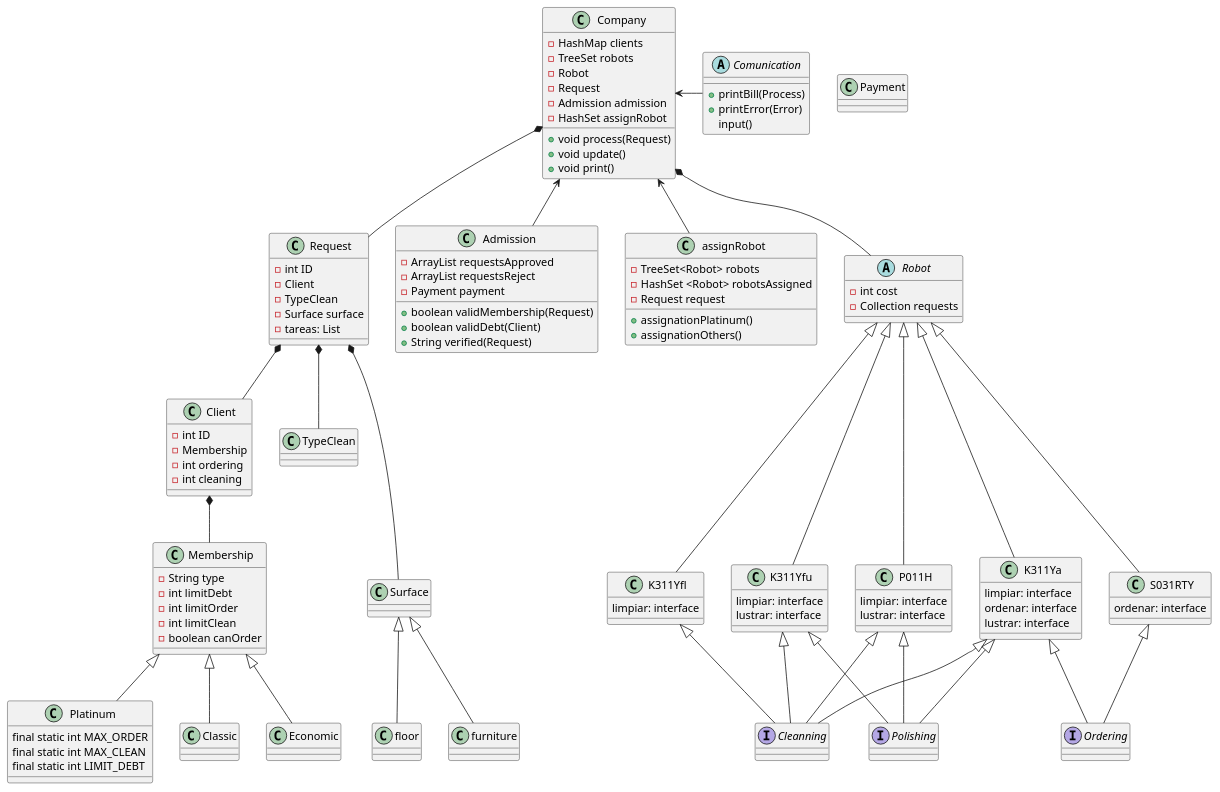
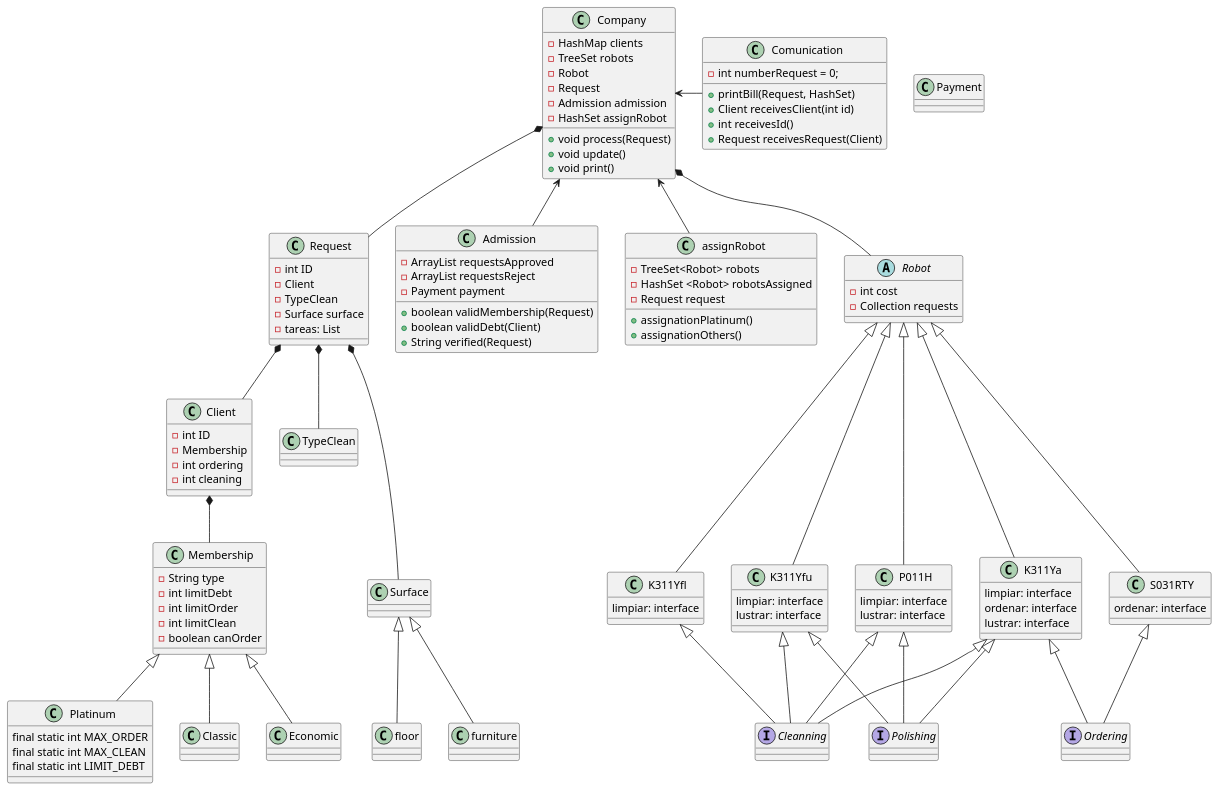
The diagram in src/biss.puml (Grupo-3-Labo-y-prog/RobotsTP), drawn with PlantUML before and after one commit. The commit also changed 2 other files, not shown here.

Commit message:
Cambios en el diagrama en la clase Comunication

```diff
--- a/src/biss.puml
+++ b/src/biss.puml
@@ -1,178 +1,180 @@
 @startuml
 'https://plantuml.com/class-diagram
 
 class Client
 class Membership
 class Platinum
 class Classic
 class Economic
 class Request
 class TypeClean
 class Surface
 class floor
 class furniture
 class Admission
 class Company
 class assignRobot
 class Payment
 abstract class Robot
 interface Ordering
 interface Cleanning
 interface Polishing
 class K311Yfl
 class K311Yfu
 class P011H
 class K311Ya
 class S031RTY
 
 
 Client *-- Membership
 Membership <|-- Platinum
 Membership <|-- Classic
 Membership <|-- Economic
 Company <-- Admission
 Company <-- assignRobot
 Company <- Comunication
 Company *-- Robot
 Company *-- Request
 Request *-- Client
 Request *-- TypeClean
 Request *---Surface
 Surface<|-- floor
 Surface<|-- furniture
 Robot <|--- K311Ya
 Robot <|---S031RTY
 Robot <|---P011H
 Robot <|---K311Yfu
 Robot <|--- K311Yfl
 K311Yfl <|-- Cleanning
 K311Ya <|-- Cleanning
 K311Ya <|-- Polishing
 K311Ya <|-- Ordering
 S031RTY <|-- Ordering
 P011H <|-- Polishing
 P011H <|-- Cleanning
 K311Yfu <|-- Cleanning
 K311Yfu <|-- Polishing
 
 
 
-abstract Comunication{
-+printBill(Process)
-+printError(Error)
-input()
+Class Comunication{
+- int numberRequest = 0;
++printBill(Request, HashSet)
++Client receivesClient(int id)
++int receivesId()
++Request receivesRequest(Client)
 }
 
 abstract class Robot{
 '-String model
 '-String surface
 '-boolean canOrder
 '-boolean canShine
 -int cost
 -Collection requests
 
 }
 
 class Company{
 
 -HashMap clients
 -TreeSet robots
 -Robot
 -Request
 -Admission admission
 -HashSet assignRobot
 
 'llama a admission
 +void process(Request)
 +void update()
 +void print()
 
 
 }
 
 'posible clase
 class Admission{
 -ArrayList requestsApproved
 -ArrayList requestsReject
 -Payment payment
 '-ArrayList clients
 
 'ej: pedir un ordenamiento cuando no puede
 +boolean validMembership(Request)
 +boolean validDebt(Client)
 +String verified(Request)
 
 
 }
 
 
 class assignRobot{
 -TreeSet<Robot> robots
 -HashSet <Robot> robotsAssigned
 -Request request
 
 +assignationPlatinum()
 +assignationOthers()
 
 
 'while Request.tareas != null
     'recorro robots: if(robot instanceOf tarea) --> resultado.add(Robot,tarea)
     'itero a la siguiente tarea
     'si el robot siguiente puede hacer la otra tarea: if(robot instanceOf tarea) --> resultado.add(Robot,tarea) /se va a pisar en el mismo robot la segunda tarea (como es tree no se duplica el robot y asumo que ambas tareas la hace un solo robot. Por ahora solo asigno uno
     'else (robot !instanceOf tarea)- voy al sig robot y así sucesivamente hasta que encuentro otro robot --> resultado.add(Robot,tarea)
     'Aca se va a crear otro nodo de Robot voy a tener dos elementos en resultado: resultado(1): Robot XXX/LIMPIEZA - Robot YYY/ ORDENAM etc.
     'voy a retornar el hashMap resultado y al iterarlo voy a saber que robots asigne
 }
 
 
 class Request{
 -int ID
 -Client
 -TypeClean
 -Surface surface
 '-String address?
 - tareas: List
 }
 
 class Client{
 -int ID
 -Membership
 -int ordering
 -int cleaning
 'String address?
 }
 
 class Membership{
 -String type
 -int limitDebt
 -int limitOrder
 -int limitClean
 -boolean canOrder
 }
 
 class Platinum{
 final static int MAX_ORDER
 final static int MAX_CLEAN
 final static int LIMIT_DEBT
 }
 
 class K311Yfl{
 limpiar: interface
 }
 class K311Yfu{
 limpiar: interface
 lustrar: interface
 }
 class P011H{
 limpiar: interface
 lustrar: interface
 }
 class S031RTY{
 ordenar: interface
 }
 class K311Ya{
 limpiar: interface
 ordenar: interface
 lustrar: interface
 }
 @enduml
```
